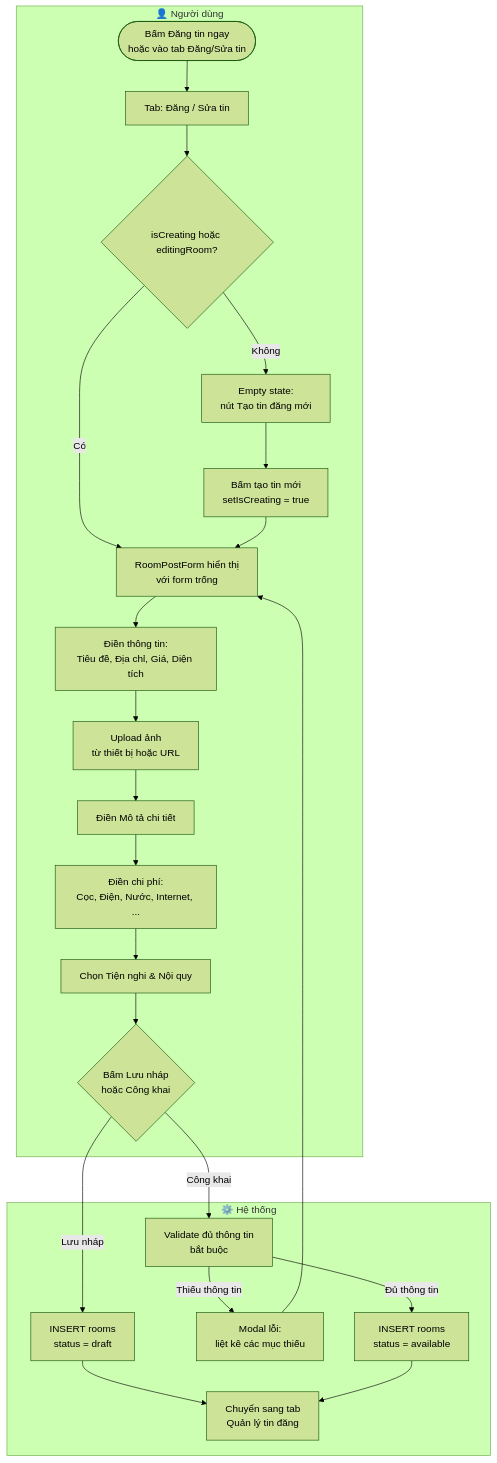
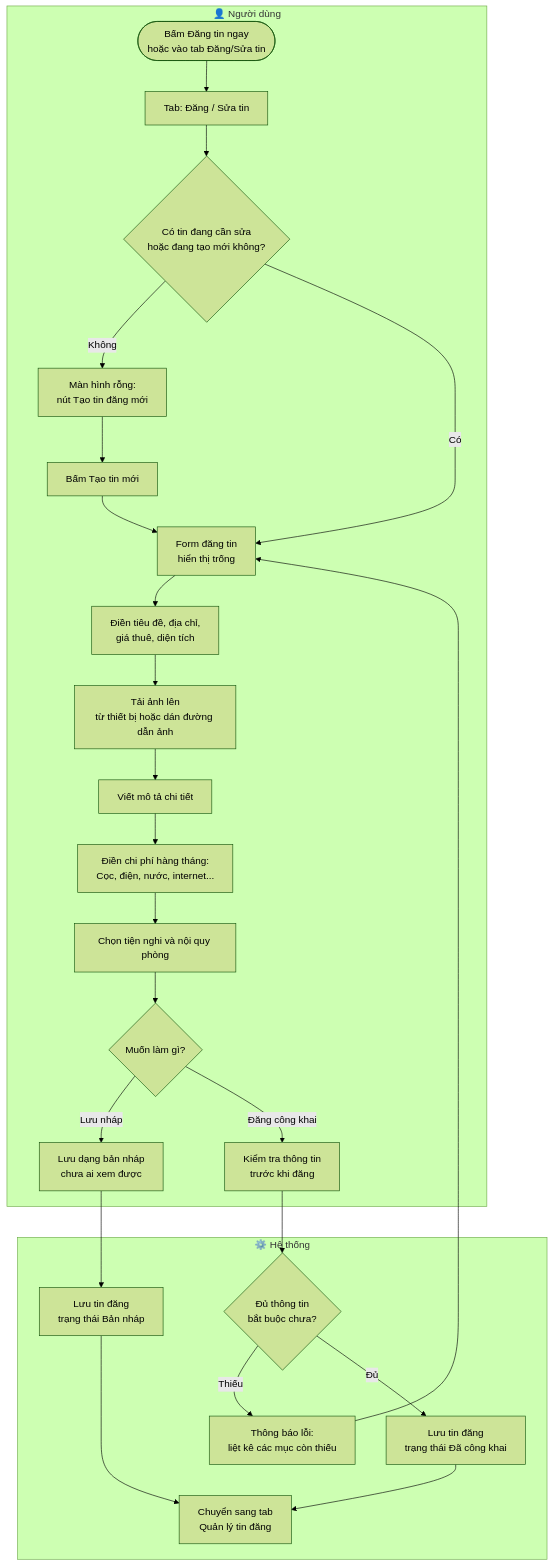
The third of 9 diagrams in prj_workflows/04_dashboard_workflow.md (natelyt12/trotot), drawn with Mermaid (forest theme) before and after one commit. The commit also changed other lines of this file and 5 other files, not shown here.

Commit message:
fix: sửa lại định dạng cho phù hợp với người low-code

````diff
--- a/prj_workflows/04_dashboard_workflow.md
+++ b/prj_workflows/04_dashboard_workflow.md
@@ -62,28 +61,29 @@
 ```mermaid
 flowchart TD
     subgraph USER["👤 Người dùng"]
         A([Bấm Đăng tin ngay\nhoặc vào tab Đăng/Sửa tin]) --> B[Tab: Đăng / Sửa tin]
-        B --> C{isCreating hoặc editingRoom?}
-        C -- Không --> D[Empty state:\nnút Tạo tin đăng mới]
-        D --> E[Bấm tạo tin mới\nsetIsCreating = true]
-        C -- Có --> F[RoomPostForm hiển thị\nvới form trống]
+        B --> C{Có tin đang cần sửa\nhoặc đang tạo mới không?}
+        C -- Không --> D[Màn hình rỗng:\nnút Tạo tin đăng mới]
+        D --> E[Bấm Tạo tin mới]
+        C -- Có --> F[Form đăng tin\nhiển thị trống]
         E --> F
 
-        F --> G[Điền thông tin:\nTiêu đề, Địa chỉ, Giá, Diện tích]
-        G --> H[Upload ảnh\ntừ thiết bị hoặc URL]
-        H --> I[Điền Mô tả chi tiết]
-        I --> J[Điền chi phí:\nCọc, Điện, Nước, Internet, ...]
-        J --> K[Chọn Tiện nghi & Nội quy]
-        K --> L{Bấm Lưu nháp\nhoặc Công khai}
+        F --> G[Điền tiêu đề, địa chỉ,\ngiá thuê, diện tích]
+        G --> H[Tải ảnh lên\ntừ thiết bị hoặc dán đường dẫn ảnh]
+        H --> I[Viết mô tả chi tiết]
+        I --> J[Điền chi phí hàng tháng:\nCọc, điện, nước, internet...]
+        J --> K[Chọn tiện nghi và nội quy phòng]
+        K --> L{Muốn làm gì?}
+        L -- Lưu nháp --> M[Lưu dạng bản nháp\nchưa ai xem được]
+        L -- Đăng công khai --> N[Kiểm tra thông tin\ntrước khi đăng]
     end
 
     subgraph SYSTEM["⚙️ Hệ thống"]
-        L -- Lưu nháp --> M[INSERT rooms\nstatus = draft]
-        L -- Công khai --> N[Validate đủ thông tin\nbắt buộc]
-        N --> |Thiếu thông tin| O[Modal lỗi:\nliệt kê các mục thiếu]
-        N --> |Đủ thông tin| P[INSERT rooms\nstatus = available]
-        M --> Q[Chuyển sang tab\nQuản lý tin đăng]
-        P --> Q
-        O --> F
+        N --> O{Đủ thông tin\nbắt buộc chưa?}
+        O --> |Thiếu| P[Thông báo lỗi:\nliệt kê các mục còn thiếu]
+        O --> |Đủ| Q[Lưu tin đăng\ntrạng thái Đã công khai]
+        M --> R[Lưu tin đăng\ntrạng thái Bản nháp]
+        Q & R --> S[Chuyển sang tab\nQuản lý tin đăng]
+        P --> F
     end
 ```
````
